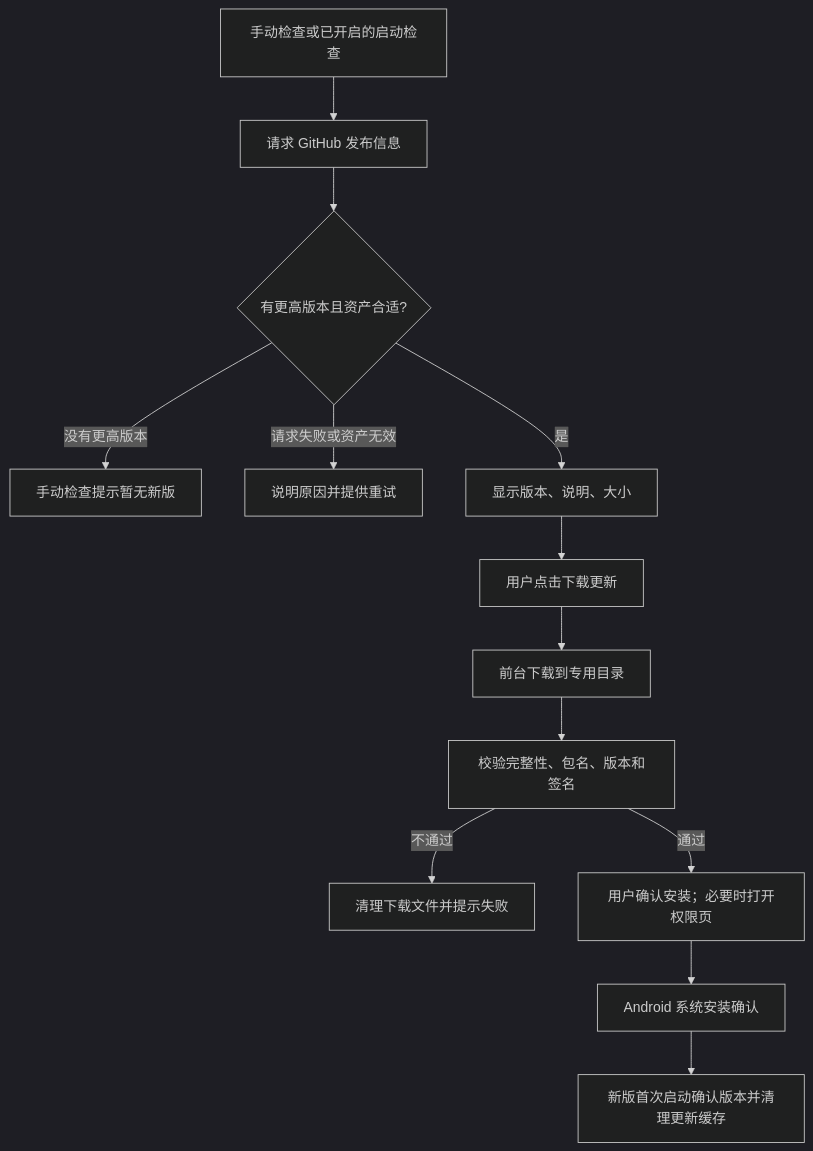
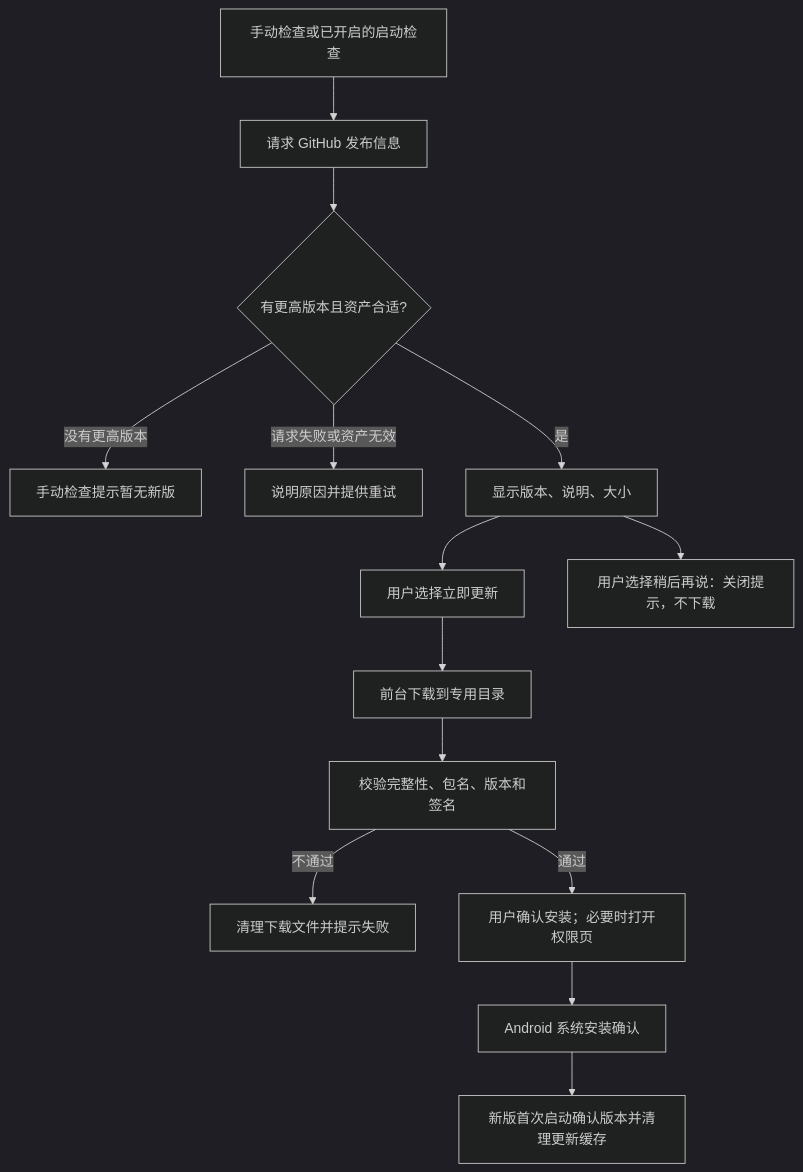
The diagram in docs/LEAF_IN_APP_UPDATE_DESIGN.md (typhoonwhale/VeneraNext-Leaf), drawn with Mermaid (dark theme) before and after one commit. The commit also changed other lines of this file and 21 other files, not shown here.

````diff
--- a/docs/LEAF_IN_APP_UPDATE_DESIGN.md
+++ b/docs/LEAF_IN_APP_UPDATE_DESIGN.md
@@ -21,15 +34,16 @@
 ```mermaid
 flowchart TD
     A[手动检查或已开启的启动检查] --> B[请求 GitHub 发布信息]
     B --> C{有更高版本且资产合适?}
     C -->|没有更高版本| D[手动检查提示暂无新版]
     C -->|请求失败或资产无效| E[说明原因并提供重试]
     C -->|是| F[显示版本、说明、大小]
-    F --> G[用户点击下载更新]
+    F --> G[用户选择立即更新]
+    F --> N[用户选择稍后再说：关闭提示，不下载]
     G --> H[前台下载到专用目录]
     H --> I[校验完整性、包名、版本和签名]
     I -->|不通过| J[清理下载文件并提示失败]
     I -->|通过| K[用户确认安装；必要时打开权限页]
     K --> L[Android 系统安装确认]
     L --> M[新版首次启动确认版本并清理更新缓存]
 ```
````
